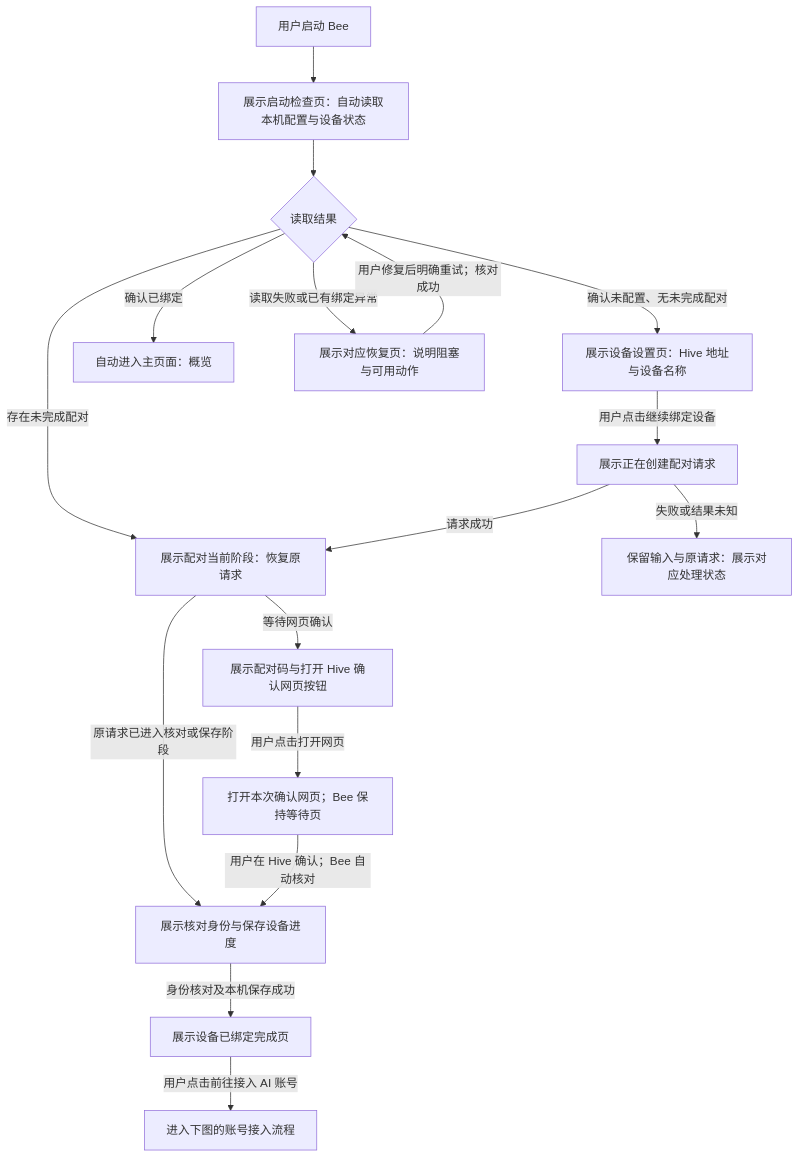
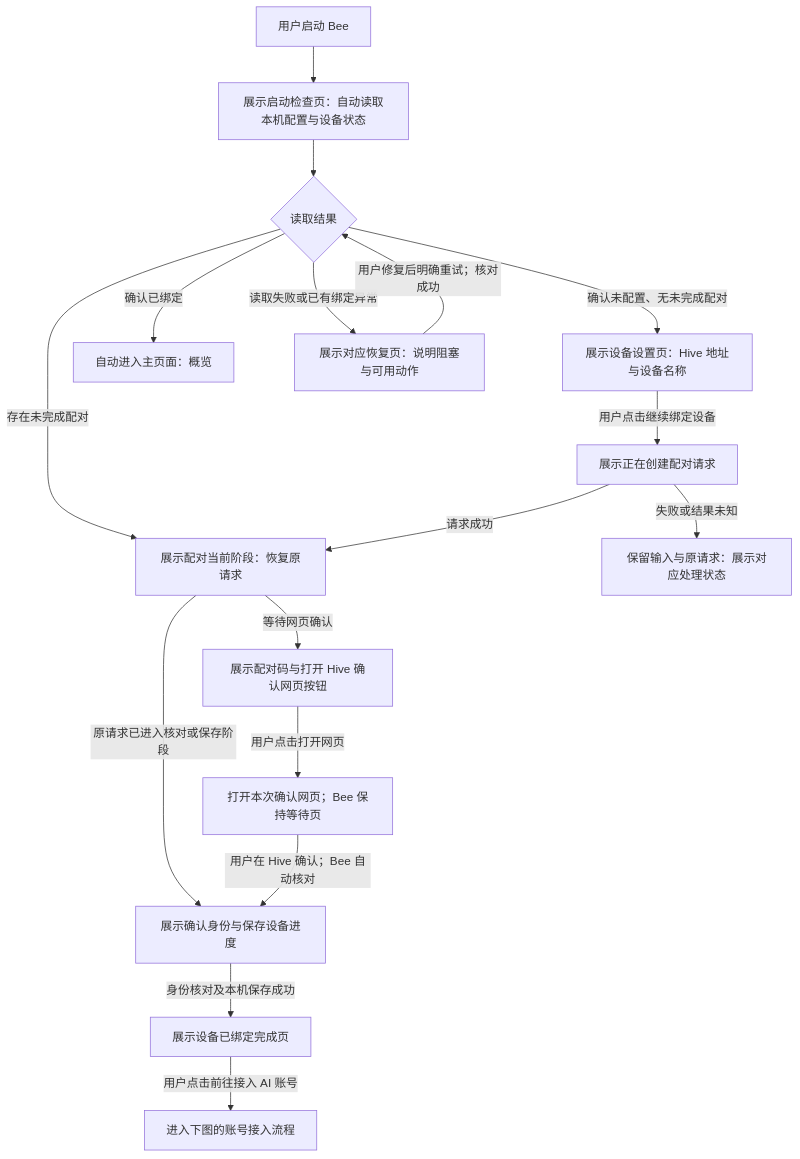
One commit to tokhive/bee changed the first of 2 diagrams in docs/desktop/first-launch-design.md. Above: the diagram before and after it, drawn with Mermaid. The commit also changed other lines of this file, not shown here.

````diff
--- a/docs/desktop/first-launch-design.md
+++ b/docs/desktop/first-launch-design.md
@@ -28,19 +28,19 @@
 ```mermaid
 flowchart TD
     A[用户启动 Bee] --> B[展示启动检查页：自动读取本机配置与设备状态]
     B --> C{读取结果}
     C -->|确认未配置、无未完成配对| D[展示设备设置页：Hive 地址与设备名称]
     C -->|存在未完成配对| E[展示配对当前阶段：恢复原请求]
     C -->|确认已绑定| F[自动进入主页面：概览]
     C -->|读取失败或已有绑定异常| G[展示对应恢复页：说明阻塞与可用动作]
     D -->|用户点击继续绑定设备| H[展示正在创建配对请求]
     H -->|请求成功| E
     H -->|失败或结果未知| I[保留输入与原请求：展示对应处理状态]
     E -->|等待网页确认| J[展示配对码与打开 Hive 确认网页按钮]
     E -->|原请求已进入核对或保存阶段| L
     J -->|用户点击打开网页| K[打开本次确认网页；Bee 保持等待页]
-    K -->|用户在 Hive 确认；Bee 自动核对| L[展示核对身份与保存设备进度]
+    K -->|用户在 Hive 确认；Bee 自动核对| L[展示确认身份与保存设备进度]
     L -->|身份核对及本机保存成功| M[展示设备已绑定完成页]
     M -->|用户点击前往接入 AI 账号| N[进入下图的账号接入流程]
     G -->|用户修复后明确重试；核对成功| C
 ```
````
